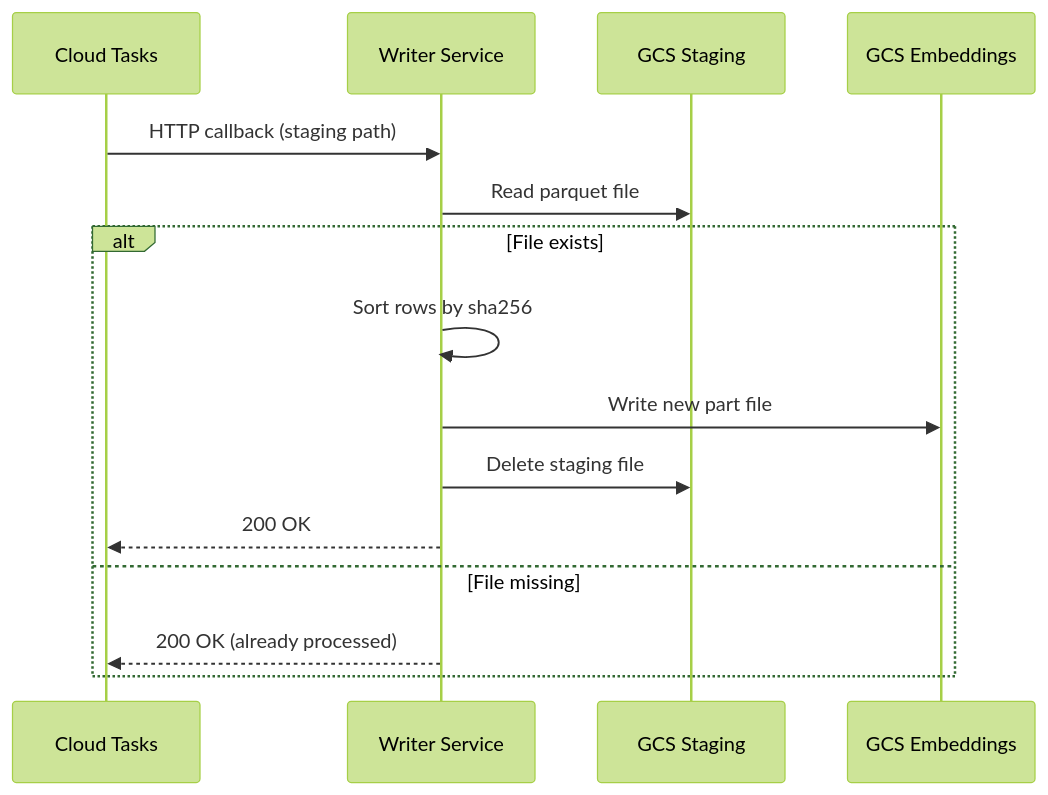
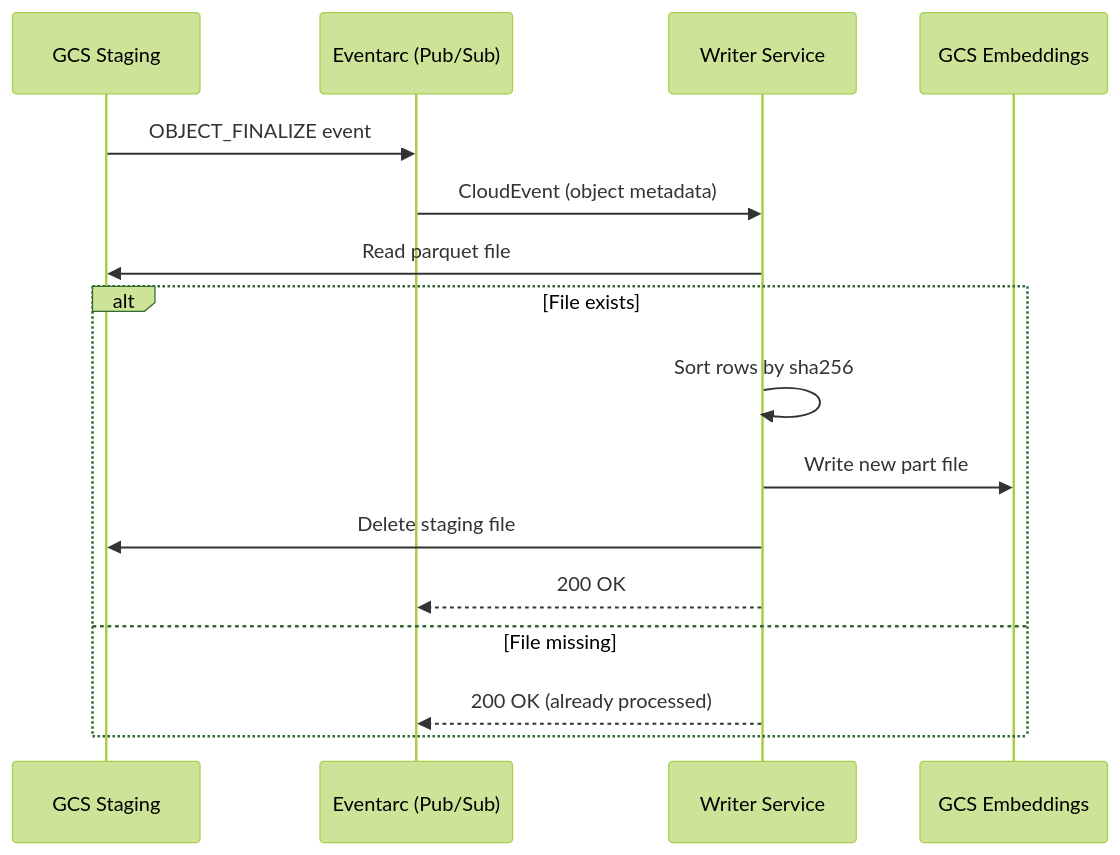
Before and after one commit to RepoQL/RepoQL: the diagram in docs/flows/future/cloud-cache/cache-merge.md, drawn with Mermaid (forest theme). The commit also changed other lines of this file and 7 other files, not shown here.

First line of the commit message:
Update cloud cache docs to reflect Eventarc migration

````diff
--- a/docs/flows/future/cloud-cache/cache-merge.md
+++ b/docs/flows/future/cloud-cache/cache-merge.md
@@ -95,19 +106,20 @@
 ```mermaid
 sequenceDiagram
-    participant Tasks as Cloud Tasks
+    participant Staging as GCS Staging
+    participant Eventarc as Eventarc (Pub/Sub)
     participant Writer as Writer Service
-    participant Staging as GCS Staging
     participant Embeddings as GCS Embeddings
 
-    Tasks->>Writer: HTTP callback (staging path)
+    Staging->>Eventarc: OBJECT_FINALIZE event
+    Eventarc->>Writer: CloudEvent (object metadata)
     Writer->>Staging: Read parquet file
 
     alt File exists
         Writer->>Writer: Sort rows by sha256
         Writer->>Embeddings: Write new part file
         Writer->>Staging: Delete staging file
-        Writer-->>Tasks: 200 OK
+        Writer-->>Eventarc: 200 OK
     else File missing
-        Writer-->>Tasks: 200 OK (already processed)
+        Writer-->>Eventarc: 200 OK (already processed)
     end
 ```
````
